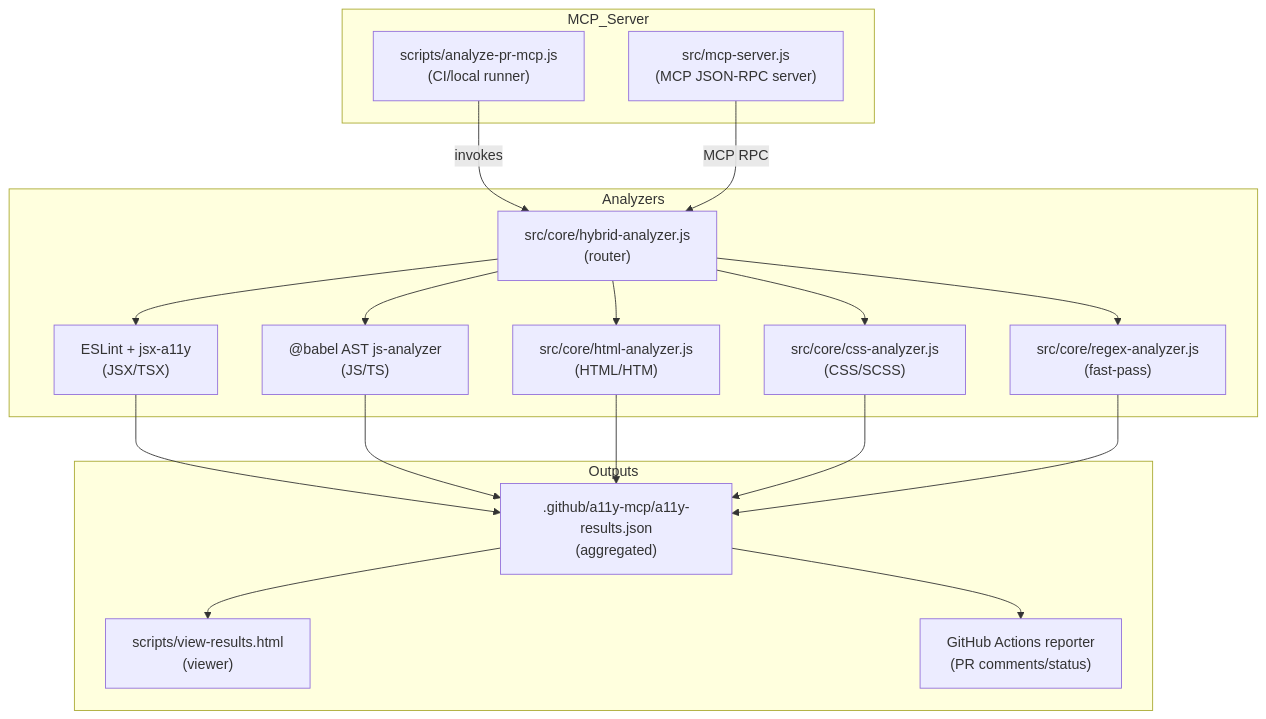
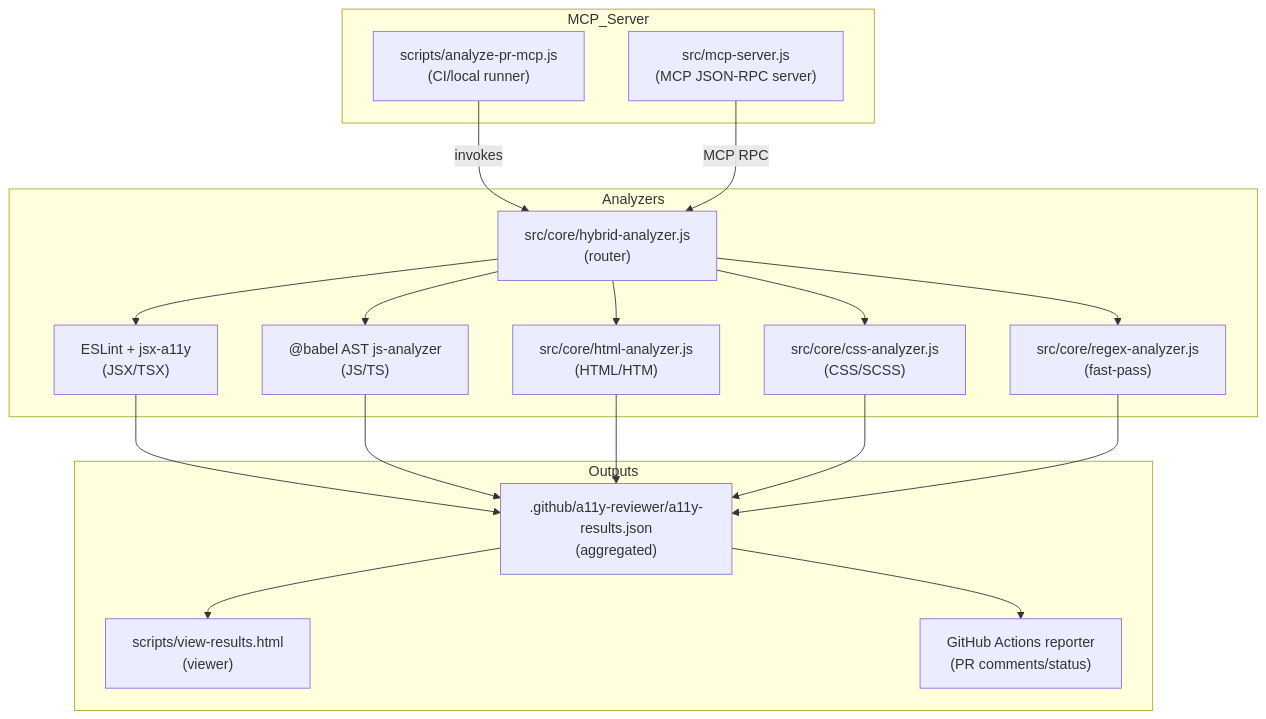
The second of 2 diagrams in docs/ARCHITECTURE.md (berucha-lilly/a11y-reviewer), drawn with Mermaid before and after one commit. The commit also changed other lines of this file and 6 other files, not shown here.

Commit message:
feat: rename references from a11y-mcp to a11y-reviewer across documentation and scripts

````diff
--- a/docs/ARCHITECTURE.md
+++ b/docs/ARCHITECTURE.md
@@ -34,35 +34,35 @@
 ```mermaid
 graph TD
   subgraph MCP_Server
     AnalyzeScript["scripts/analyze-pr-mcp.js\n(CI/local runner)"]
     MCPServer["src/mcp-server.js\n(MCP JSON-RPC server)"]
   end
   subgraph Analyzers
     Regex["src/core/regex-analyzer.js\n(fast-pass)"]
     Hybrid["src/core/hybrid-analyzer.js\n(router)"]
     ESLintNode["ESLint + jsx-a11y\n(JSX/TSX)"]
     BabelNode["@babel AST js-analyzer\n(JS/TS)"]
     HTMLNode["src/core/html-analyzer.js\n(HTML/HTM)"]
     CSSNode["src/core/css-analyzer.js\n(CSS/SCSS)"]
   end
   subgraph Outputs
-    ResultsJSON[".github/a11y-mcp/a11y-results.json\n(aggregated)"]
+    ResultsJSON[".github/a11y-reviewer/a11y-results.json\n(aggregated)"]
     ViewerNode["scripts/view-results.html\n(viewer)"]
     GitHubNode["GitHub Actions reporter\n(PR comments/status)"]
   end
 
   AnalyzeScript -->|invokes| Hybrid
   MCPServer -->|MCP RPC| Hybrid
   Hybrid --> Regex
   Hybrid --> ESLintNode
   Hybrid --> BabelNode
   Hybrid --> HTMLNode
   Hybrid --> CSSNode
   ESLintNode --> ResultsJSON
   BabelNode --> ResultsJSON
   HTMLNode --> ResultsJSON
   CSSNode --> ResultsJSON
   Regex --> ResultsJSON
   ResultsJSON --> ViewerNode
   ResultsJSON --> GitHubNode
 ```
````
